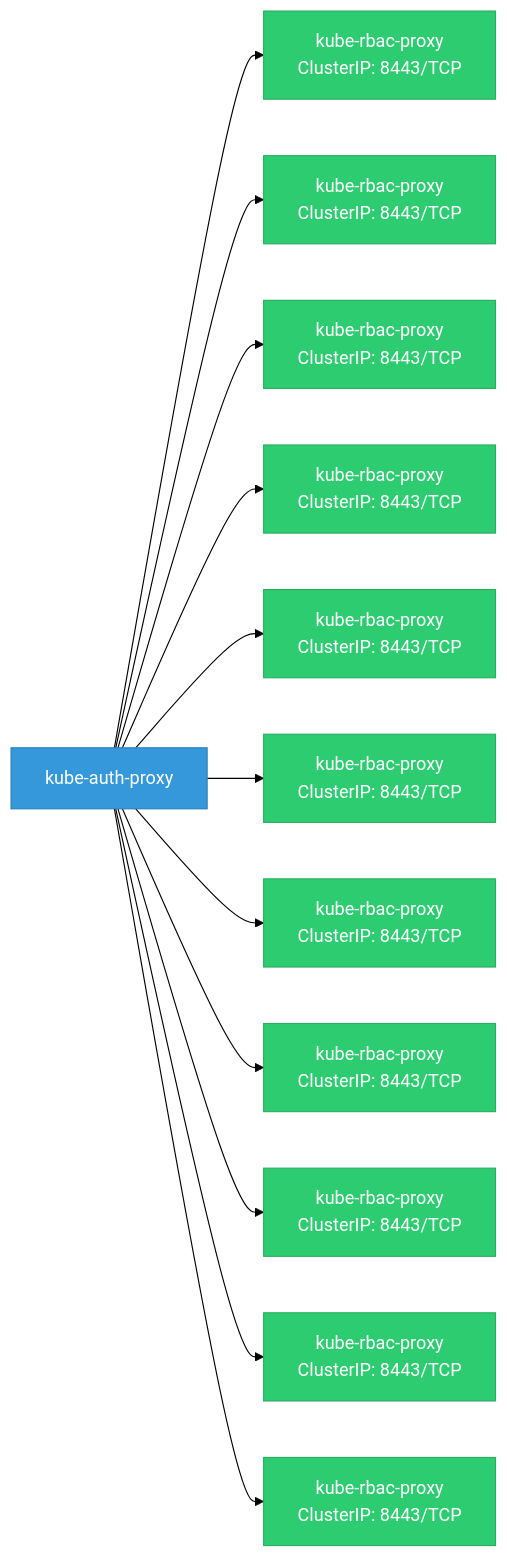
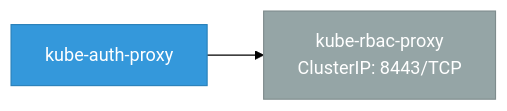
Before and after one commit to ugiordan/architecture-analyzer: the diagram in site/docs/rhoai-platform/components/kube_auth_proxy/network.md, drawn with Mermaid (forest theme). The commit also changed other lines of this file and 22 other files, not shown here.

````diff
--- a/site/docs/rhoai-platform/components/kube_auth_proxy/network.md
+++ b/site/docs/rhoai-platform/components/kube_auth_proxy/network.md
@@ -5,18 +7,9 @@
 ```mermaid
 graph LR
     classDef svc fill:#2ecc71,stroke:#27ae60,color:#fff
+    classDef test fill:#95a5a6,stroke:#7f8c8d,color:#fff
     classDef component fill:#3498db,stroke:#2980b9,color:#fff
 
     kube_auth_proxy["kube-auth-proxy"]:::component
-    kube_auth_proxy --> svc_0["kube-rbac-proxy\nClusterIP: 8443/TCP"]:::svc
-    kube_auth_proxy --> svc_1["kube-rbac-proxy\nClusterIP: 8443/TCP"]:::svc
-    kube_auth_proxy --> svc_2["kube-rbac-proxy\nClusterIP: 8443/TCP"]:::svc
-    kube_auth_proxy --> svc_3["kube-rbac-proxy\nClusterIP: 8443/TCP"]:::svc
-    kube_auth_proxy --> svc_4["kube-rbac-proxy\nClusterIP: 8443/TCP"]:::svc
-    kube_auth_proxy --> svc_5["kube-rbac-proxy\nClusterIP: 8443/TCP"]:::svc
-    kube_auth_proxy --> svc_6["kube-rbac-proxy\nClusterIP: 8443/TCP"]:::svc
-    kube_auth_proxy --> svc_7["kube-rbac-proxy\nClusterIP: 8443/TCP"]:::svc
-    kube_auth_proxy --> svc_8["kube-rbac-proxy\nClusterIP: 8443/TCP"]:::svc
-    kube_auth_proxy --> svc_9["kube-rbac-proxy\nClusterIP: 8443/TCP"]:::svc
-    kube_auth_proxy --> svc_10["kube-rbac-proxy\nClusterIP: 8443/TCP"]:::svc
+    kube_auth_proxy --> svc_0["kube-rbac-proxy\nClusterIP: 8443/TCP"]:::test
 ```
````
